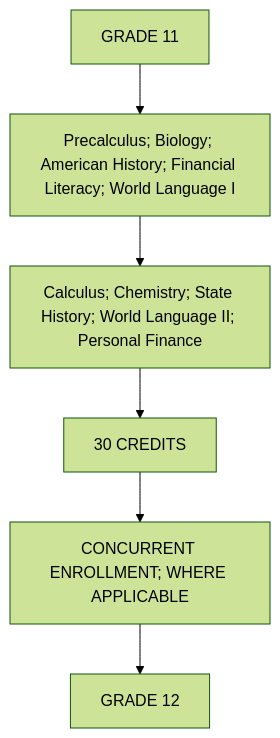
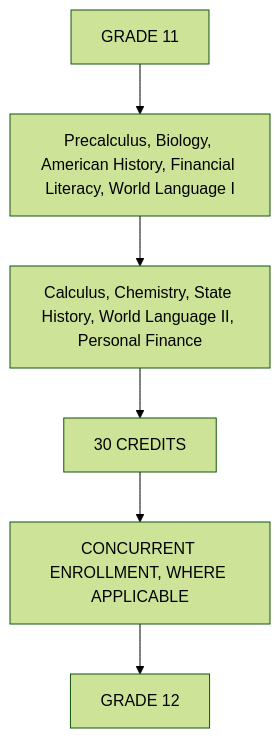
One commit to RIAHPathway/Website-Draft changed the sixth of 29 diagrams in RIAH-PATHWAY-CURRICULUM-STRUCTURE/RIAH-PATHWAY-HIGH-SCHOOL-STRUCTURE/HIGH-SCHOOL-STRUCTURE.md. Above: the diagram before and after it, drawn with Mermaid (forest theme). The commit also changed other lines of this file, not shown here.

Commit message:
Repair High School Mermaid rendering compatibility

````diff
--- a/RIAH-PATHWAY-CURRICULUM-STRUCTURE/RIAH-PATHWAY-HIGH-SCHOOL-STRUCTURE/HIGH-SCHOOL-STRUCTURE.md
+++ b/RIAH-PATHWAY-CURRICULUM-STRUCTURE/RIAH-PATHWAY-HIGH-SCHOOL-STRUCTURE/HIGH-SCHOOL-STRUCTURE.md
@@ -476,14 +476,14 @@
 ```mermaid
-flowchart TD
+graph TD
     N0["GRADE 11"]
-    N1["Precalculus; Biology; American History; Financial Literacy; World Language I"]
-    N2["Calculus; Chemistry; State History; World Language II; Personal Finance"]
+    N1["Precalculus, Biology, American History, Financial Literacy, World Language I"]
+    N2["Calculus, Chemistry, State History, World Language II, Personal Finance"]
     N3["30 CREDITS"]
-    N4["CONCURRENT ENROLLMENT; WHERE APPLICABLE"]
+    N4["CONCURRENT ENROLLMENT, WHERE APPLICABLE"]
     N5["GRADE 12"]
     N0 --> N1
     N1 --> N2
     N2 --> N3
     N3 --> N4
     N4 --> N5
 ```
````
